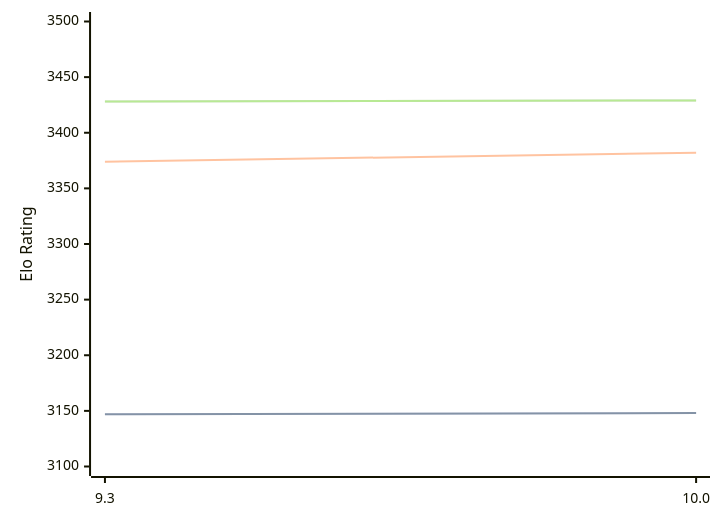
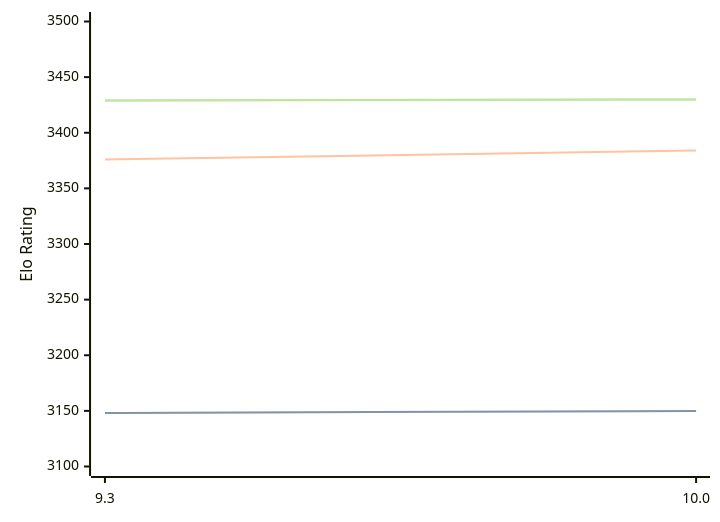
The diagram in engines/Fire.md (computer-chess-index/cci), drawn with Mermaid before and after one commit. The commit also changed other lines of this file, not shown here.

Commit message:
Update CCI Ratings (ELO VLTC) - 2026-09-01

````diff
--- a/engines/Fire.md
+++ b/engines/Fire.md
@@ -32,11 +32,11 @@
 ```mermaid
 %%{init: {"theme":"base","themeVariables":{"seriesColors:['#a3a3a3','#222221','#faa371']}}}%%
 xychart-beta
   x-axis ["9.3", "10.0"]
   y-axis "Elo Rating" 3100 --> 3500
-  line "" [3147, 3148]
-  line "STC (8.0+0.08s)" [3147, 3148]
-  line "LTC (60.0+0.60s)" [3374, 3382]
-  line "" [3428, 3429]
-  line "VLTC (2m24s+1.12s)" [3428, 3429]
+  line "" [3148, 3150]
+  line "STC (8.0+0.08s)" [3148, 3150]
+  line "LTC (60.0+0.60s)" [3376, 3384]
+  line "" [3429, 3430]
+  line "VLTC (2m24s+1.12s)" [3429, 3430]
 ```
````
